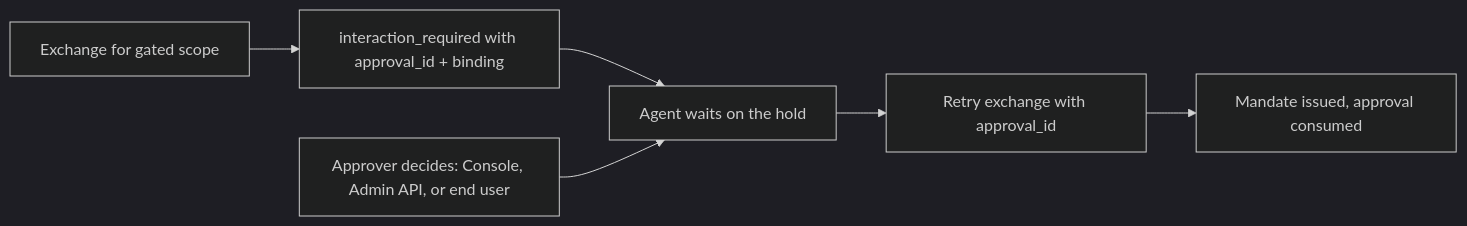
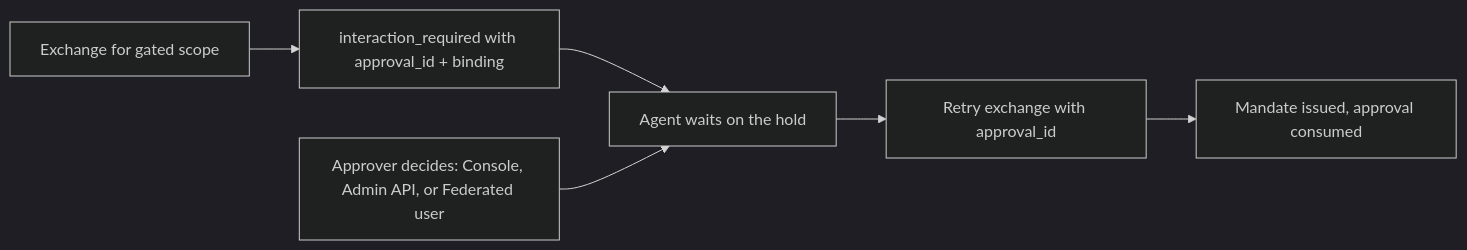
One commit to Garudex-Labs/caracal changed the diagram in docs/src/content/docs/guides/human-approval.mdx. Above: the diagram before and after it, drawn with Mermaid (dark theme). The commit also changed other lines of this file and 20 other files, not shown here.

````diff
--- a/docs/src/content/docs/guides/human-approval.mdx
+++ b/docs/src/content/docs/guides/human-approval.mdx
@@ -24,8 +24,8 @@
 ```mermaid
 flowchart LR
   Exchange["Exchange for gated scope"] --> Hold["interaction_required with approval_id + binding"]
   Hold --> Wait["Agent waits on the hold"]
-  Decide["Approver decides: Console, Admin API, or end user"] --> Wait
+  Decide["Approver decides: Console, Admin API, or Federated user"] --> Wait
   Wait --> Retry["Retry exchange with approval_id"]
   Retry --> Mandate["Mandate issued, approval consumed"]
 ```
````
